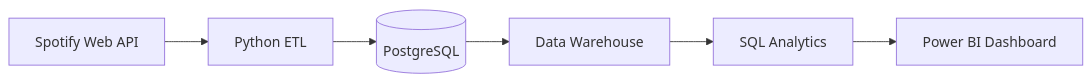
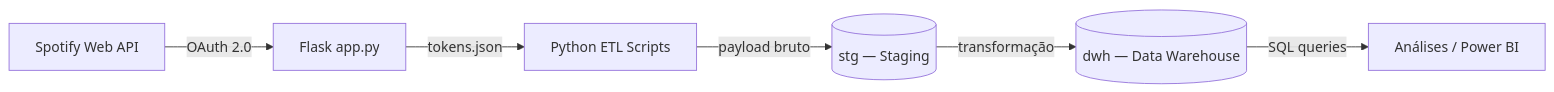
Before and after one commit to Pedrorocha13/MusicPulse: the diagram in README.md, drawn with Mermaid. The commit also changed other lines of this file, not shown here.

````diff
--- a/README.md
+++ b/README.md
@@ -61,8 +57,8 @@
 ```mermaid
 flowchart LR
-    A[Spotify Web API] --> B[Python ETL]
-    B --> C[(PostgreSQL)]
-    C --> D[Data Warehouse]
-    D --> E[SQL Analytics]
-    E --> F[Power BI Dashboard]
+    A[Spotify Web API] -->|OAuth 2.0| B[Flask app.py]
+    B -->|tokens.json| C[Python ETL Scripts]
+    C -->|payload bruto| D[(stg — Staging)]
+    D -->|transformação| E[(dwh — Data Warehouse)]
+    E -->|SQL queries| F[Análises / Power BI]
 ```
````
